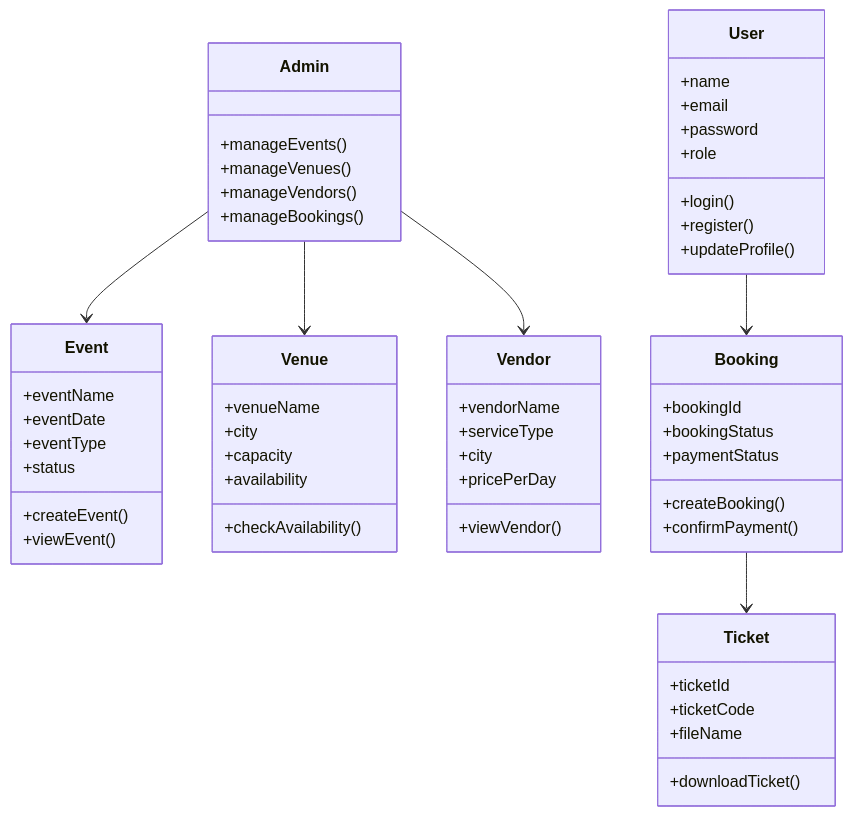
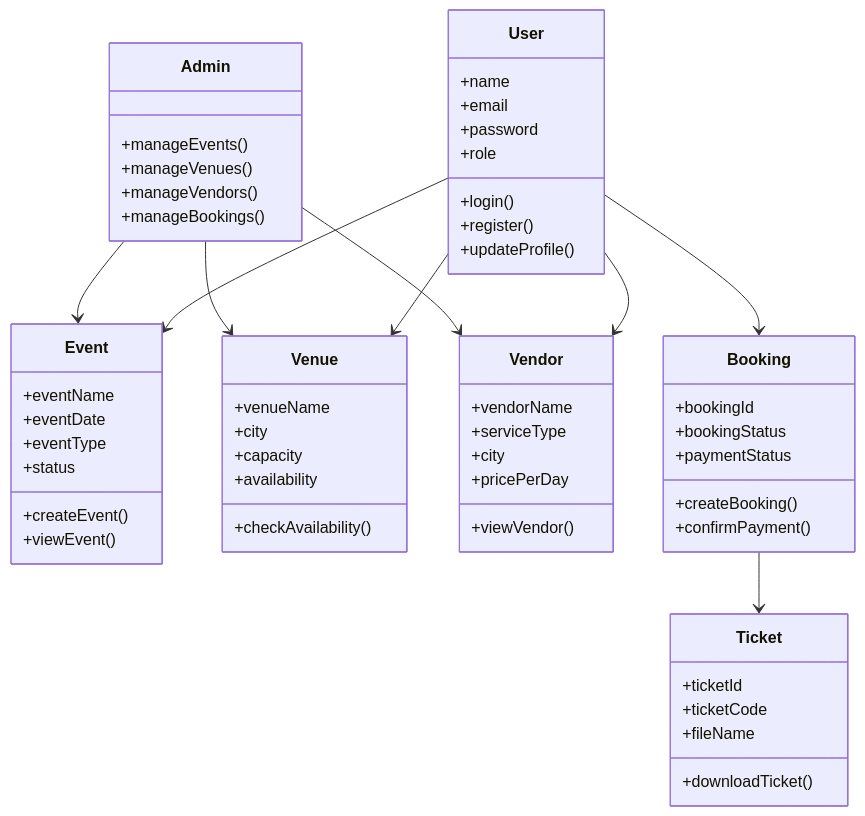
The second of 3 diagrams in README.md (sreyashibala2003/eventzen--event-management-), drawn with Mermaid before and after one commit. The commit also changed other lines of this file, not shown here.

Commit message:
Edited project diagrams in README.md

````diff
--- a/README.md
+++ b/README.md
@@ -76,65 +82,70 @@
 ```mermaid
 classDiagram
+    direction TB
+
     class Admin {
         +manageEvents()
         +manageVenues()
         +manageVendors()
         +manageBookings()
     }
 
     class User {
         +name
         +email
         +password
         +role
         +login()
         +register()
         +updateProfile()
     }
 
     class Event {
         +eventName
         +eventDate
         +eventType
         +status
         +createEvent()
         +viewEvent()
     }
 
     class Venue {
         +venueName
         +city
         +capacity
         +availability
         +checkAvailability()
     }
 
     class Vendor {
         +vendorName
         +serviceType
         +city
         +pricePerDay
         +viewVendor()
     }
 
     class Booking {
         +bookingId
         +bookingStatus
         +paymentStatus
         +createBooking()
         +confirmPayment()
     }
 
     class Ticket {
         +ticketId
         +ticketCode
         +fileName
         +downloadTicket()
     }
 
-    Admin --> Event
     Admin --> Venue
     Admin --> Vendor
+    Admin --> Event
+    User --> Venue
+    User --> Event
+    User --> Vendor
     User --> Booking
     Booking --> Ticket
 ```
````
